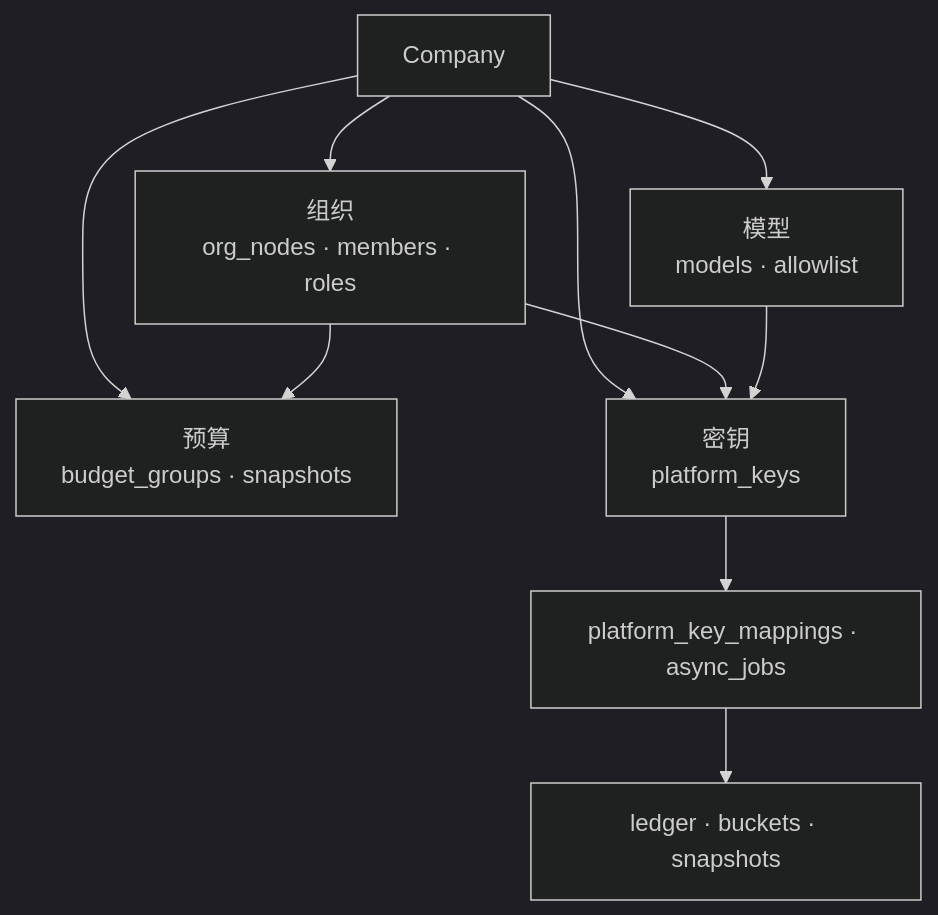
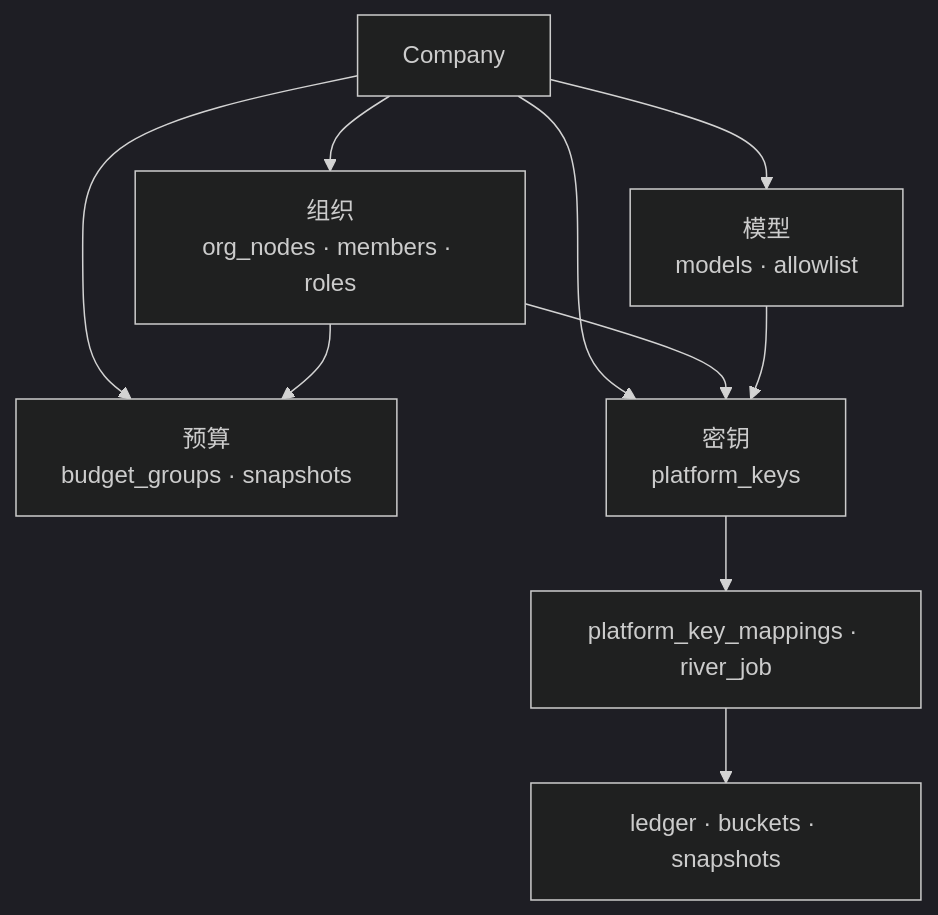
The second of 7 diagrams in docs/Backend-存储架构.md (quyip8818/mytokenjoy), drawn with Mermaid (dark theme) before and after one commit. The commit also changed other lines of this file and 112 other files, not shown here.

````diff
--- a/docs/Backend-存储架构.md
+++ b/docs/Backend-存储架构.md
@@ -47,11 +47,11 @@
 ```mermaid
 flowchart TB
   CO[Company] --> ORG[组织<br/>org_nodes · members · roles]
   CO --> BUD[预算<br/>budget_groups · snapshots]
   CO --> KEY[密钥<br/>platform_keys]
   CO --> MOD[模型<br/>models · allowlist]
   ORG --> BUD & KEY
   MOD --> KEY
-  KEY --> PKM[platform_key_mappings · async_jobs]
+  KEY --> PKM[platform_key_mappings · river_job]
   PKM --> USG[ledger · buckets · snapshots]
 ```
````
